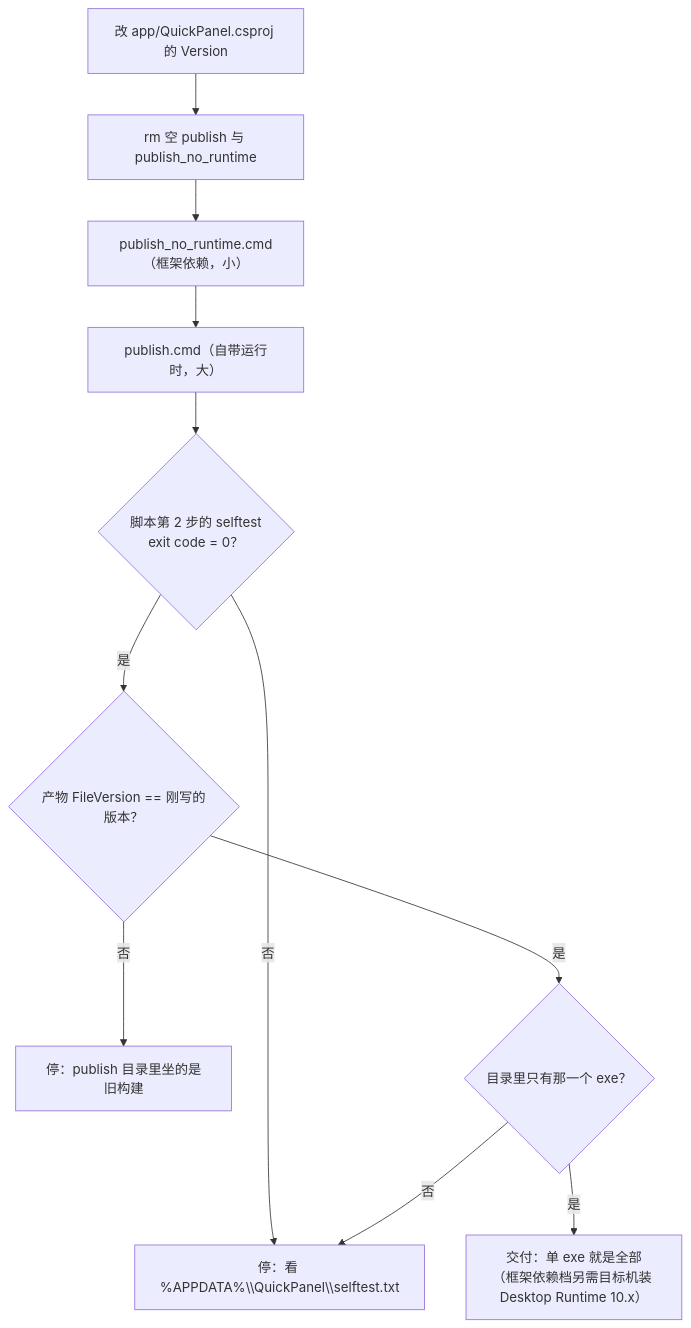
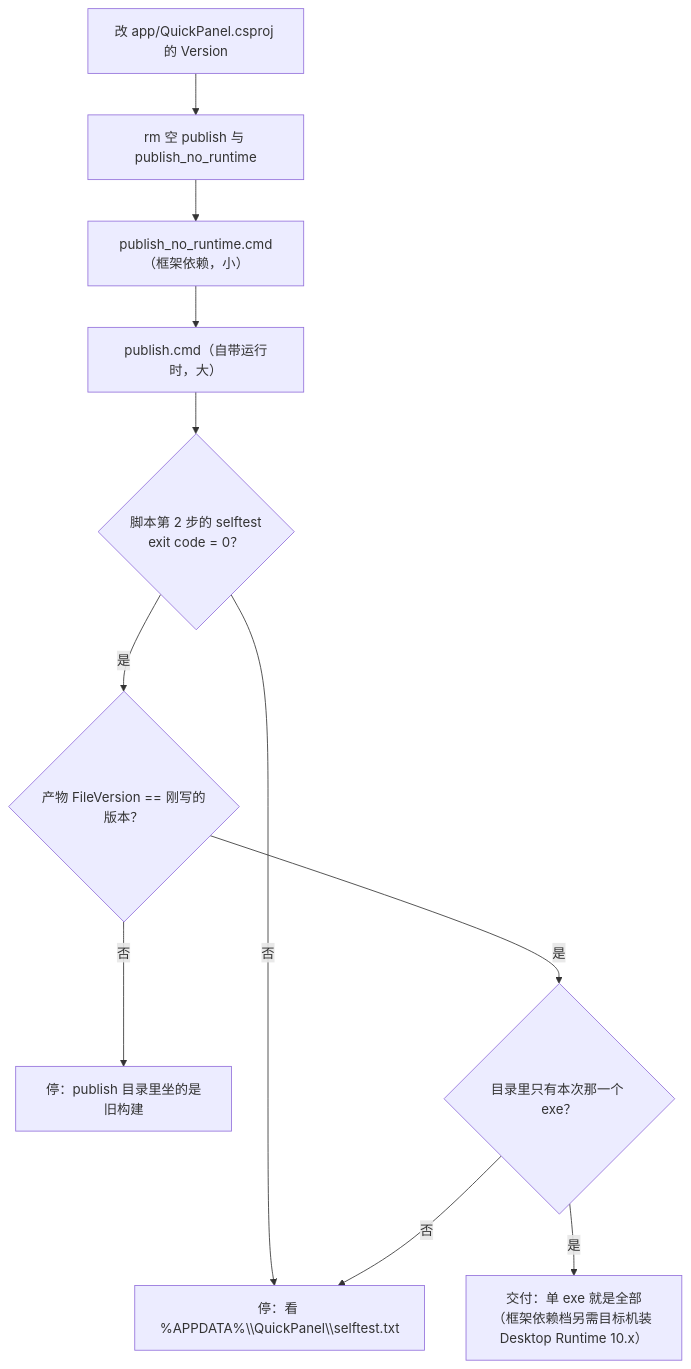
Before and after one commit to MagicFollower/winapp_webapp_skills: the ninth of 12 diagrams in WPF_dotnet10/示例项目3（Windows快捷工具面板）/QuickPanel/README.md, drawn with Mermaid. The commit also changed other lines of this file and 5 other files, not shown here.

````diff
--- a/WPF_dotnet10/示例项目3（Windows快捷工具面板）/QuickPanel/README.md
+++ b/WPF_dotnet10/示例项目3（Windows快捷工具面板）/QuickPanel/README.md
@@ -333,13 +333,13 @@
 ```mermaid
 flowchart TD
     V["改 app/QuickPanel.csproj 的 Version"] --> P1["rm 空 publish 与 publish_no_runtime"]
     P1 --> P2["publish_no_runtime.cmd（框架依赖，小）"]
     P2 --> P3["publish.cmd（自带运行时，大）"]
     P3 --> G1{"脚本第 2 步的 selftest<br/>exit code = 0？"}
     G1 -->|否| STOP["停：看 %APPDATA%\\QuickPanel\\selftest.txt"]
     G1 -->|是| G2{"产物 FileVersion == 刚写的版本？"}
     G2 -->|否| STOP2["停：publish 目录里坐的是旧构建"]
-    G2 -->|是| G3{"目录里只有那一个 exe？"}
+    G2 -->|是| G3{"目录里只有本次那一个 exe？"}
     G3 -->|是| DONE["交付：单 exe 就是全部<br/>（框架依赖档另需目标机装 Desktop Runtime 10.x）"]
     G3 -->|否| STOP
 ```
````
